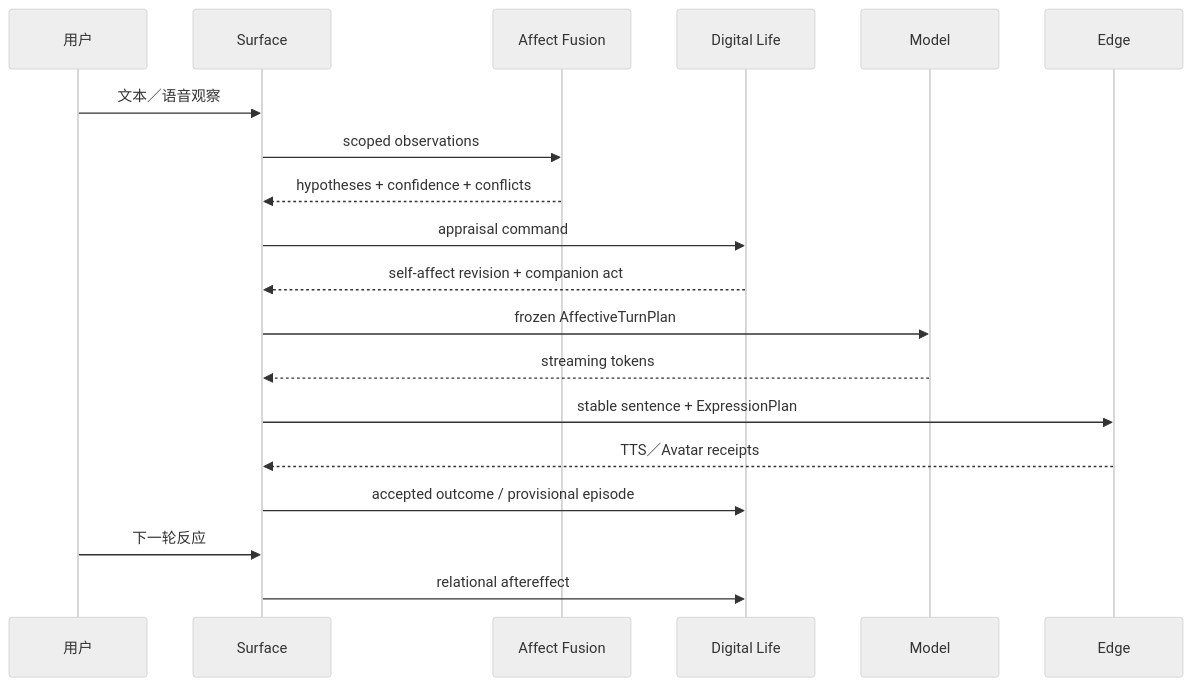
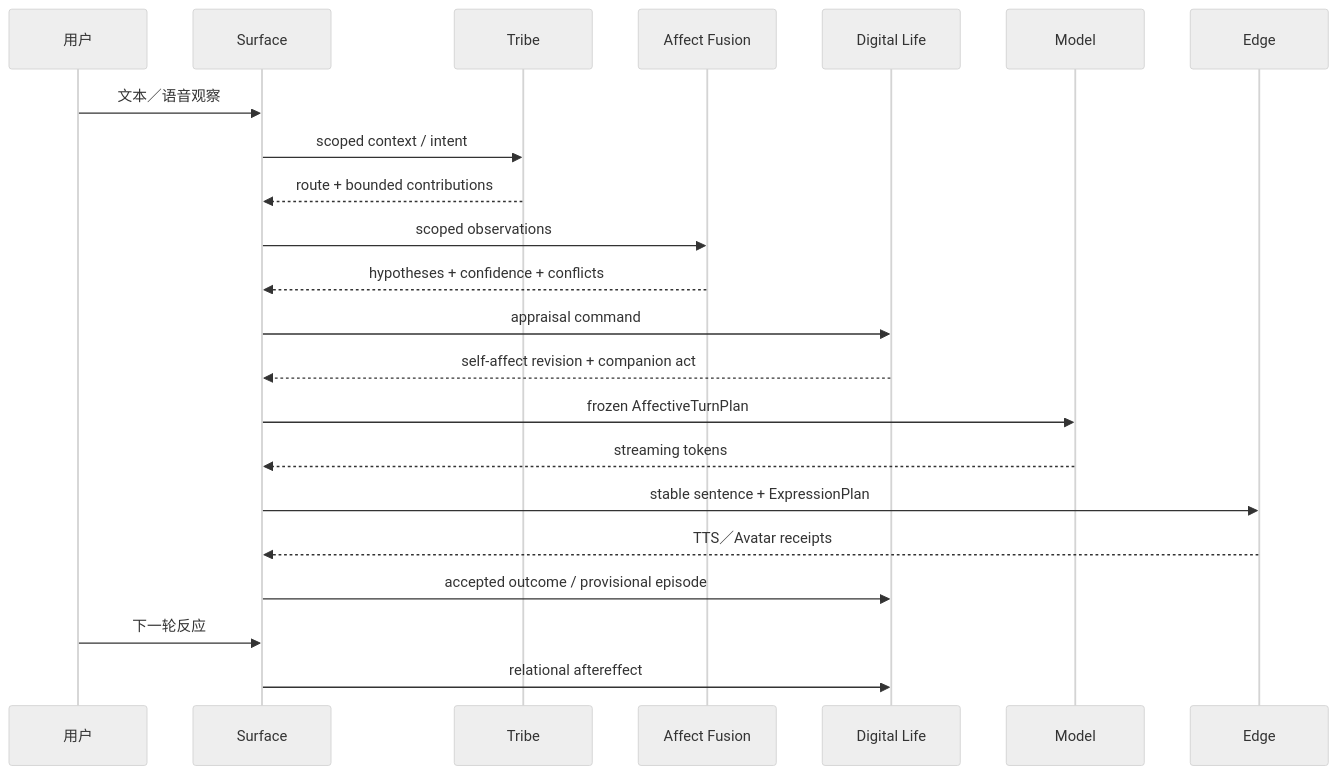
Before and after one commit to SakuraYoruno/Natsume_Ai: the second of 4 diagrams in docs/50_project/arch/DATA_FLOW_ARCHITECTURE.md, drawn with Mermaid (neutral theme). The commit also changed other lines of this file and 7 other files, not shown here.

````diff
--- a/docs/50_project/arch/DATA_FLOW_ARCHITECTURE.md
+++ b/docs/50_project/arch/DATA_FLOW_ARCHITECTURE.md
@@ -8,22 +25,25 @@
 ```mermaid
 sequenceDiagram
     participant U as 用户
     participant S as Surface
+    participant T as Tribe
     participant F as Affect Fusion
     participant L as Digital Life
     participant M as Model
     participant E as Edge
 
     U->>S: 文本／语音观察
+    S->>T: scoped context / intent
+    T-->>S: route + bounded contributions
     S->>F: scoped observations
     F-->>S: hypotheses + confidence + conflicts
     S->>L: appraisal command
     L-->>S: self-affect revision + companion act
     S->>M: frozen AffectiveTurnPlan
     M-->>S: streaming tokens
     S->>E: stable sentence + ExpressionPlan
     E-->>S: TTS／Avatar receipts
     S->>L: accepted outcome / provisional episode
     U->>S: 下一轮反应
     S->>L: relational aftereffect
 ```
````
